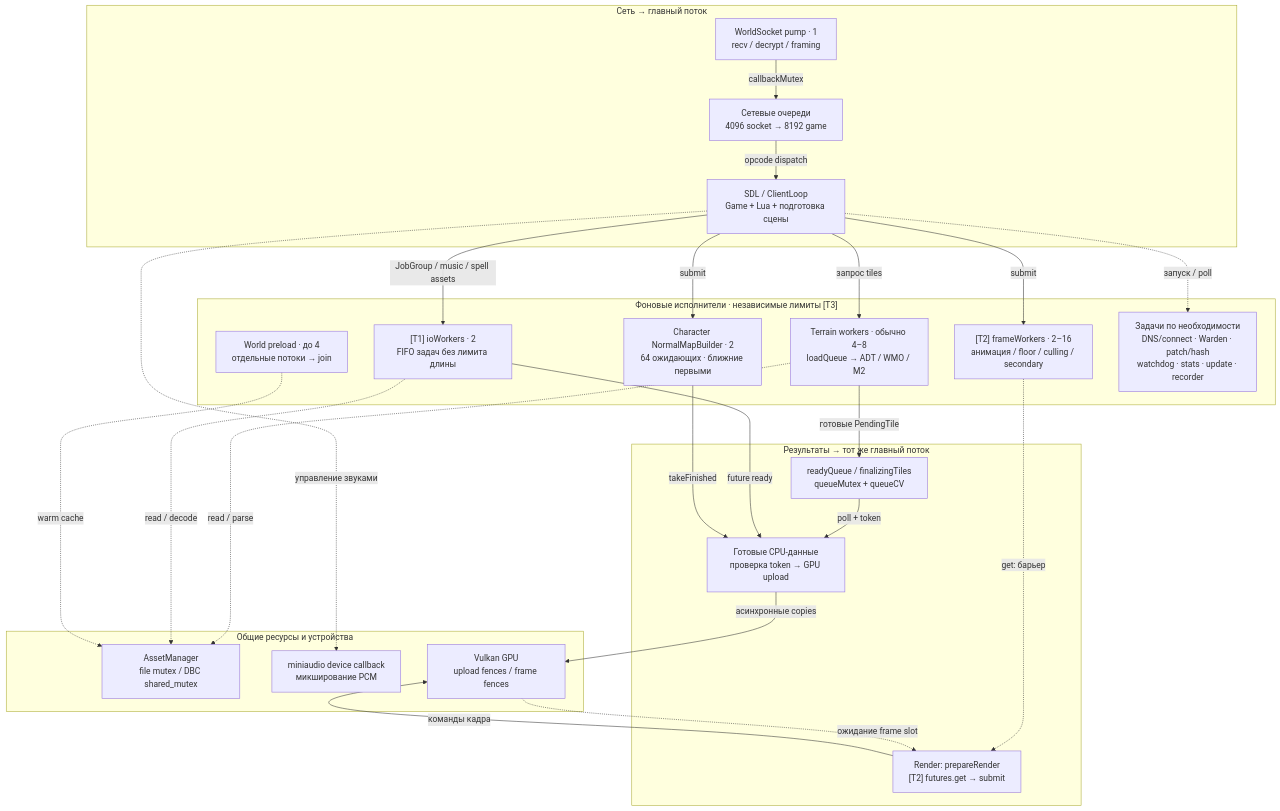
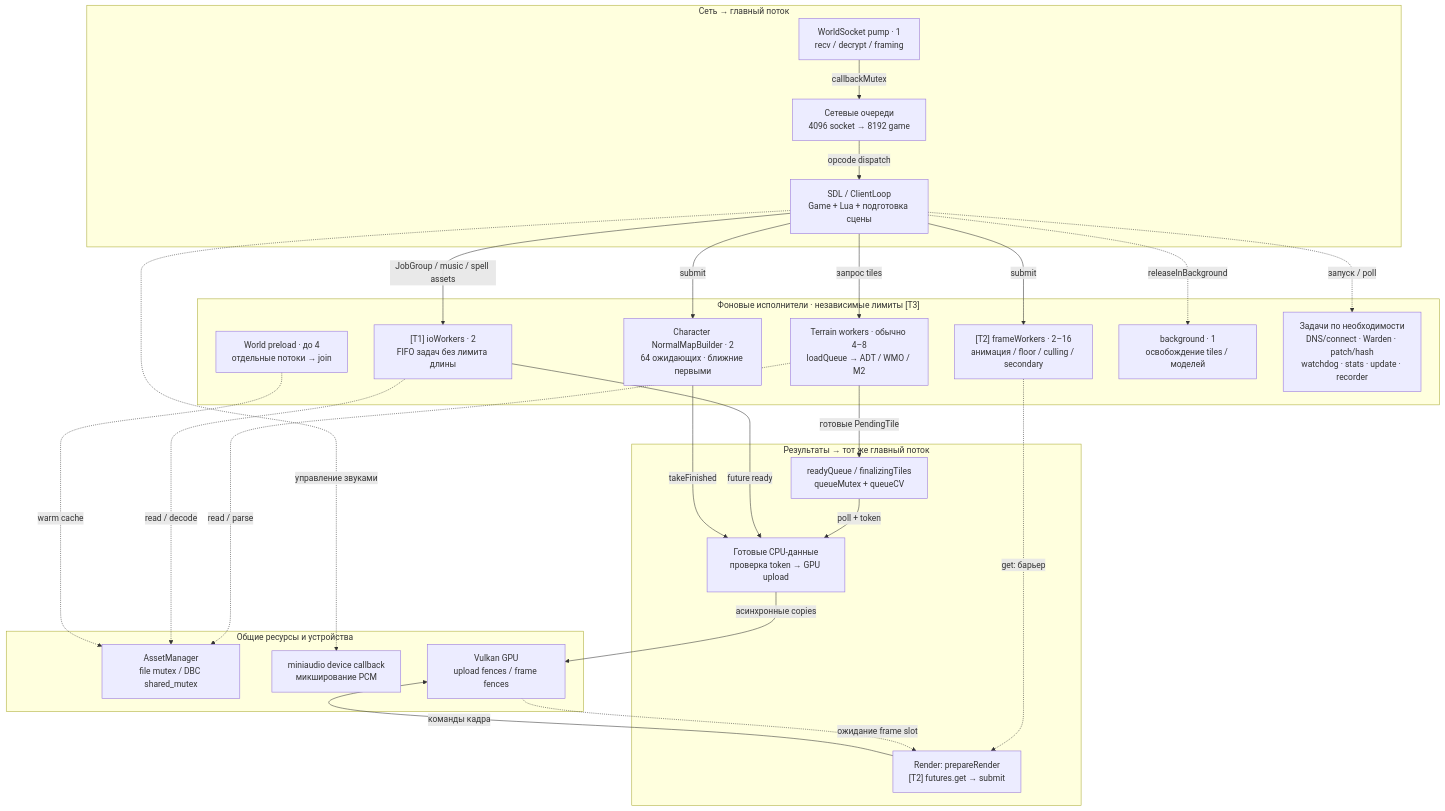
The diagram in docs/architecture-atlas/diagrams/01-threading-model.mmd (atorian/WoWee), drawn with Mermaid before and after one commit. The commit also changed 26 other files, not shown here.

First line of the commit message:
Rebuild the architecture atlas for 2026-10-31

```diff
--- a/docs/architecture-atlas/diagrams/01-threading-model.mmd
+++ b/docs/architecture-atlas/diagrams/01-threading-model.mmd
@@ -1,43 +1,45 @@
 flowchart TB
   subgraph sg_incoming["Сеть → главный поток"]
     net["WorldSocket pump · 1<br/>recv / decrypt / framing"]
     packets["Сетевые очереди<br/>4096 socket → 8192 game"]
     main["SDL / ClientLoop<br/>Game + Lua + подготовка сцены"]
   end
   subgraph sg_workers["Фоновые исполнители · независимые лимиты [T3]"]
     io["[T1] ioWorkers · 2<br/>FIFO задач без лимита длины"]
     frame["[T2] frameWorkers · 2–16<br/>анимация / floor / culling / secondary"]
     terrain["Terrain workers · обычно 4–8<br/>loadQueue → ADT / WMO / M2"]
     normals["Character NormalMapBuilder · 2<br/>64 ожидающих · ближние первыми"]
     preload["World preload · до 4<br/>отдельные потоки → join"]
+    release["background · 1<br/>освобождение tiles / моделей"]
     other["Задачи по необходимости<br/>DNS/connect · Warden · patch/hash<br/>watchdog · stats · update · recorder"]
   end
   subgraph sg_returnmain["Результаты → тот же главный поток"]
     ready["readyQueue / finalizingTiles<br/>queueMutex + queueCV"]
     finalize["Готовые CPU-данные<br/>проверка token → GPU upload"]
     record["Render: prepareRender<br/>[T2] futures.get → submit"]
   end
   subgraph sg_devices["Общие ресурсы и устройства"]
     assets["AssetManager<br/>file mutex / DBC shared_mutex"]
     audio["miniaudio device callback<br/>микширование PCM"]
     gpu["Vulkan GPU<br/>upload fences / frame fences"]
   end
   main -->|"JobGroup / music / spell assets"| io
   net -->|"callbackMutex"| packets
   packets -->|"opcode dispatch"| main
   main -->|"запрос tiles"| terrain
   terrain -->|"готовые PendingTile"| ready
   ready -->|"poll + token"| finalize
   io -->|"future ready"| finalize
   normals -->|"takeFinished"| finalize
   main -->|"submit"| frame
   frame -.->|"get: барьер"| record
   finalize -->|"асинхронные copies"| gpu
   record -->|"команды кадра"| gpu
   gpu -.->|"ожидание frame slot"| record
   terrain -.->|"read / parse"| assets
   io -.->|"read / decode"| assets
   preload -.->|"warm cache"| assets
   main -.->|"управление звуками"| audio
   main -->|"submit"| normals
   main -.->|"запуск / poll"| other
+  main -.->|"releaseInBackground"| release
```
